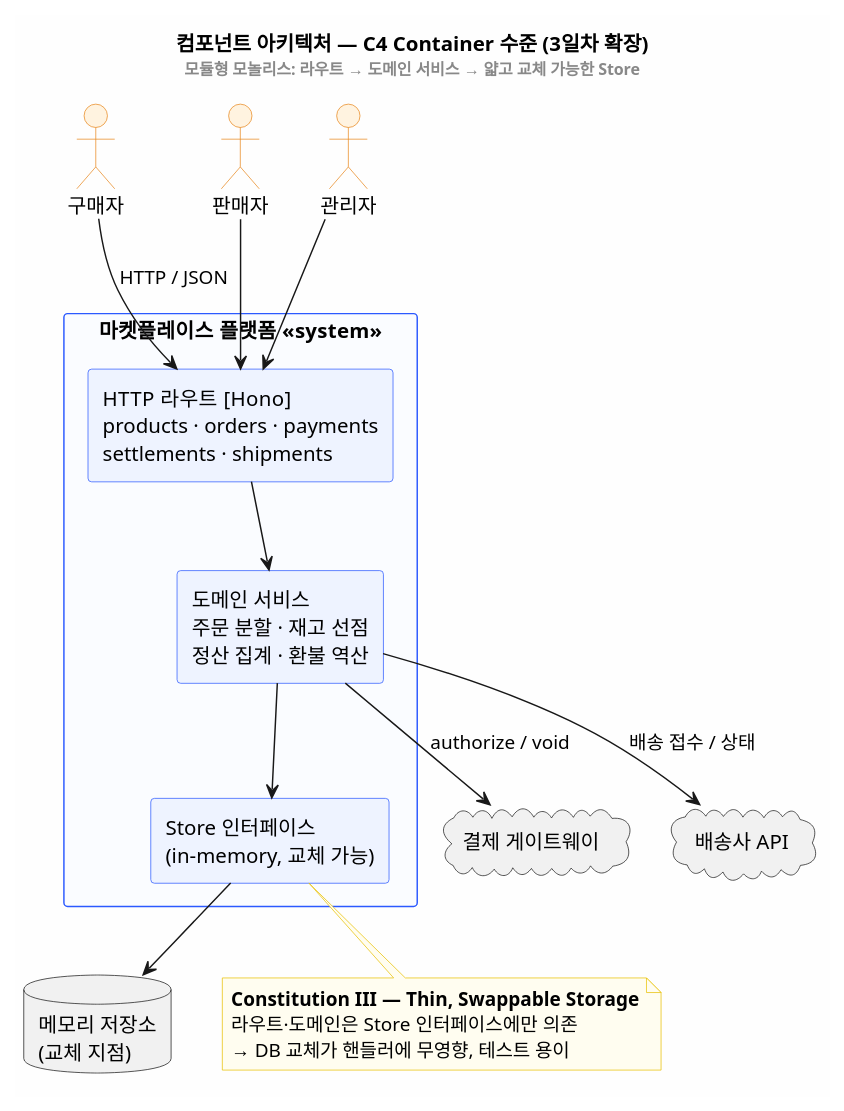
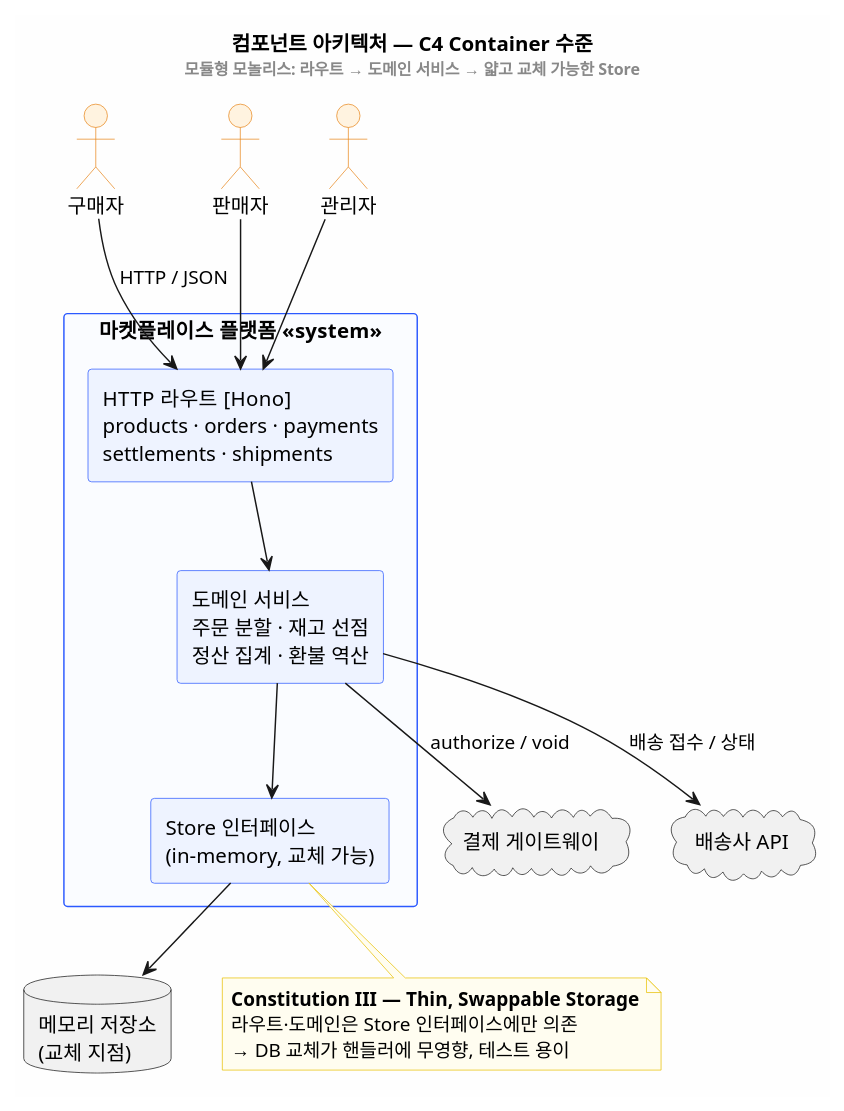
The diagram in courses/software-design-with-spec-kit/labs/speckit-ecommerce-fullscale/design/diagrams/component-architecture.puml (kosta-ai-lab/ai-native-sdlc), drawn with PlantUML before and after one commit. The commit also changed 98 other files, not shown here.

```diff
--- a/courses/software-design-with-spec-kit/labs/speckit-ecommerce-fullscale/design/diagrams/component-architecture.puml
+++ b/courses/software-design-with-spec-kit/labs/speckit-ecommerce-fullscale/design/diagrams/component-architecture.puml
@@ -1,51 +1,51 @@
 @startuml component-architecture
 skinparam backgroundColor #FEFEFE
 skinparam shadowing false
 skinparam componentStyle rectangle
 skinparam rectangle {
   BackgroundColor #FAFCFF
   BorderColor #2b59ff
 }
 skinparam component {
   BackgroundColor #EEF3FF
   BorderColor #2b59ff
 }
 skinparam actor {
   BackgroundColor #FFF3E0
   BorderColor #E8871E
 }
 skinparam note {
   BackgroundColor #FFFDF0
   BorderColor #E8C000
 }
-title 컴포넌트 아키텍처 — C4 Container 수준 (3일차 확장)\n<size:11><color:#888>모듈형 모놀리스: 라우트 → 도메인 서비스 → 얇고 교체 가능한 Store</color></size>
+title 컴포넌트 아키텍처 — C4 Container 수준\n<size:11><color:#888>모듈형 모놀리스: 라우트 → 도메인 서비스 → 얇고 교체 가능한 Store</color></size>
 
 actor "구매자" as Buyer
 actor "판매자" as Seller
 actor "관리자" as Admin
 
 rectangle "마켓플레이스 플랫폼  <<system>>" {
   component "HTTP 라우트  [Hono]\nproducts · orders · payments\nsettlements · shipments" as Routes
   component "도메인 서비스\n주문 분할 · 재고 선점\n정산 집계 · 환불 역산" as Domain
   component "Store 인터페이스\n(in-memory, 교체 가능)" as Store
 }
 database "메모리 저장소\n(교체 지점)" as DB
 cloud "결제 게이트웨이" as PG
 cloud "배송사 API" as Carrier
 
 Buyer --> Routes : HTTP / JSON
 Seller --> Routes
 Admin --> Routes
 Routes --> Domain
 Domain --> Store
 Store --> DB
 Domain --> PG : authorize / void
 Domain --> Carrier : 배송 접수 / 상태
 
 note bottom of Store
   <b>Constitution III — Thin, Swappable Storage</b>
   라우트·도메인은 Store 인터페이스에만 의존
   → DB 교체가 핸들러에 무영향, 테스트 용이
 end note
 
 @enduml
```
